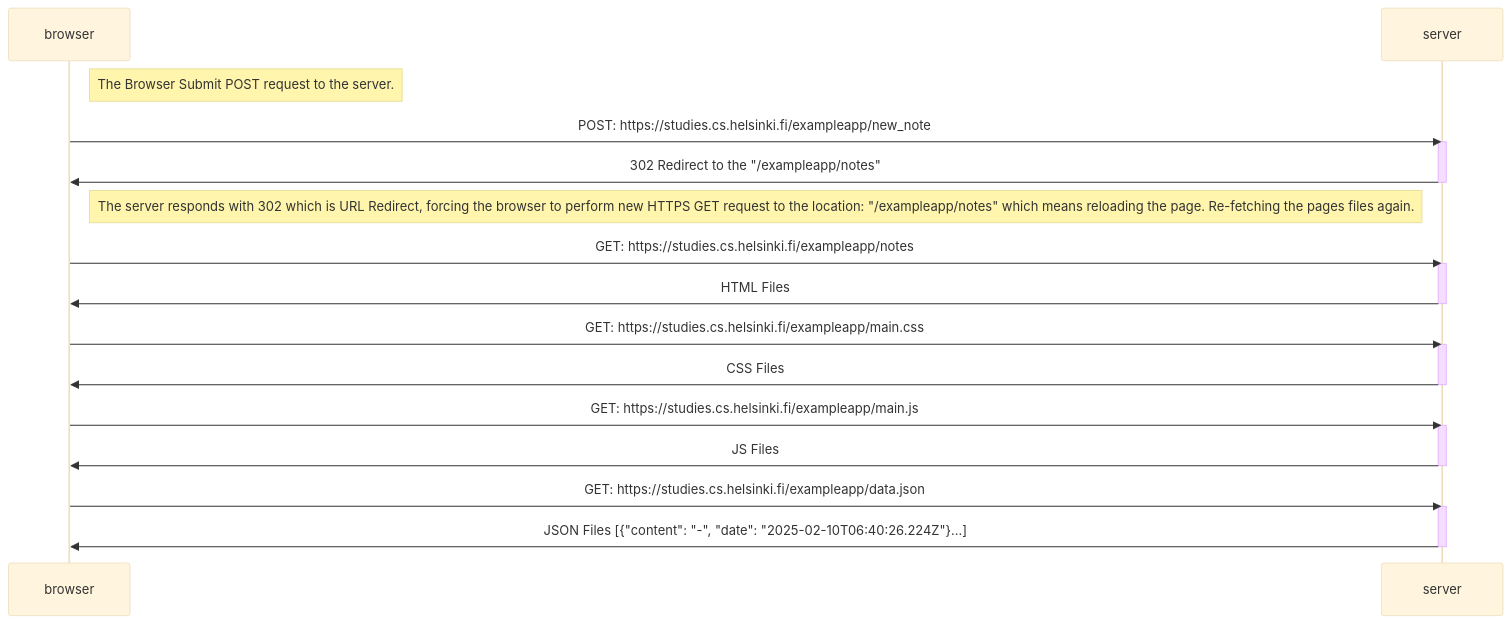
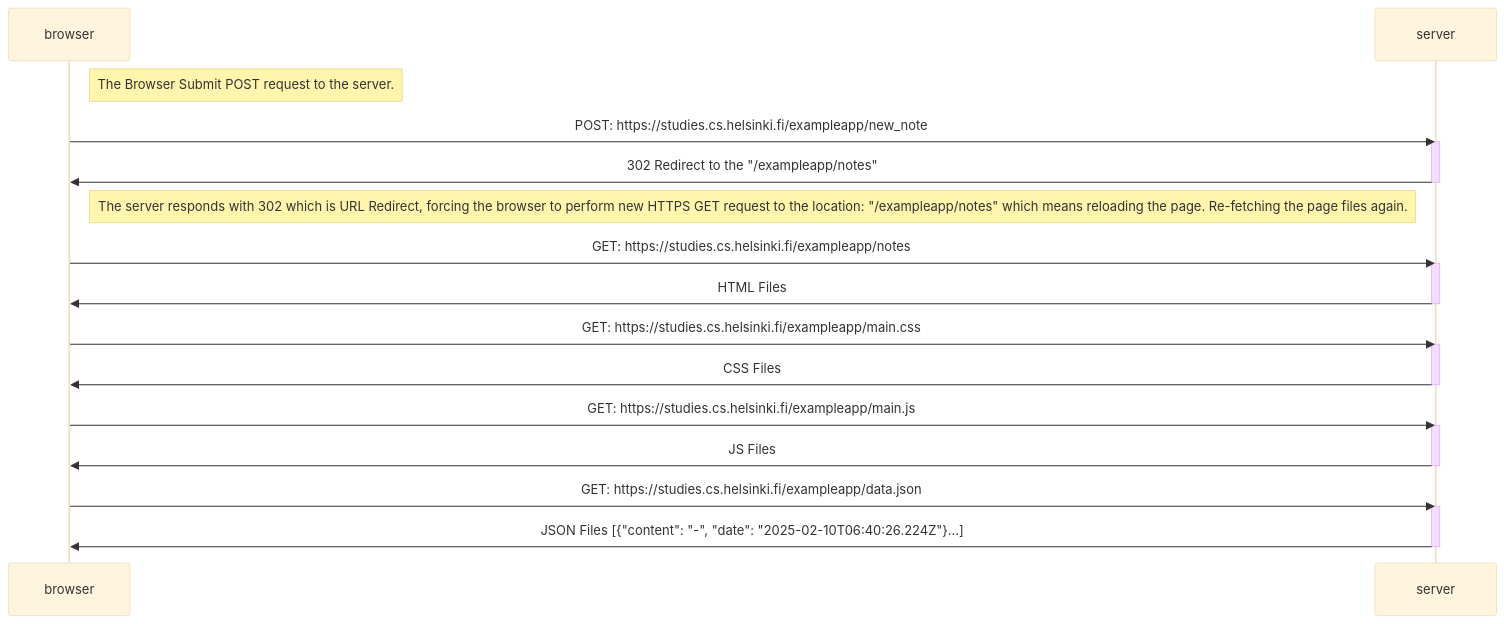
The diagram in part0/part4.mermaid (Dreath21/myFirstProject_in_gits), drawn with Mermaid (base theme) before and after one commit.

```diff
--- a/part0/part4.mermaid
+++ b/part0/part4.mermaid
@@ -1,30 +1,30 @@
 sequenceDiagram
     participant browser
     participant server
 
     Note right of browser: The Browser Submit POST request to the server.
     browser ->> server: POST: https://studies.cs.helsinki.fi/exampleapp/new_note
     activate server
     server ->> browser: 302 Redirect to the "/exampleapp/notes"
     deactivate server
-    Note right of browser: The server responds with 302 which is URL Redirect, forcing the browser to perform new HTTPS GET request to the location: "/exampleapp/notes" which means reloading the page. Re-fetching the pages files again.  
+    Note right of browser: The server responds with 302 which is URL Redirect, forcing the browser to perform new HTTPS GET request to the location: "/exampleapp/notes" which means reloading the page. Re-fetching the page files again.  
 
     browser ->> server: GET: https://studies.cs.helsinki.fi/exampleapp/notes
     activate server
     server ->> browser: HTML Files
     deactivate server
 
     browser ->> server: GET: https://studies.cs.helsinki.fi/exampleapp/main.css
     activate server
     server ->> browser: CSS Files
     deactivate server
 
     browser ->> server: GET: https://studies.cs.helsinki.fi/exampleapp/main.js
     activate server
     server ->> browser: JS Files
     deactivate server
 
     browser ->> server: GET: https://studies.cs.helsinki.fi/exampleapp/data.json
     activate server
     server ->> browser: JSON Files [{"content": "-", "date": "2025-02-10T06:40:26.224Z"}...]
     deactivate server
```
